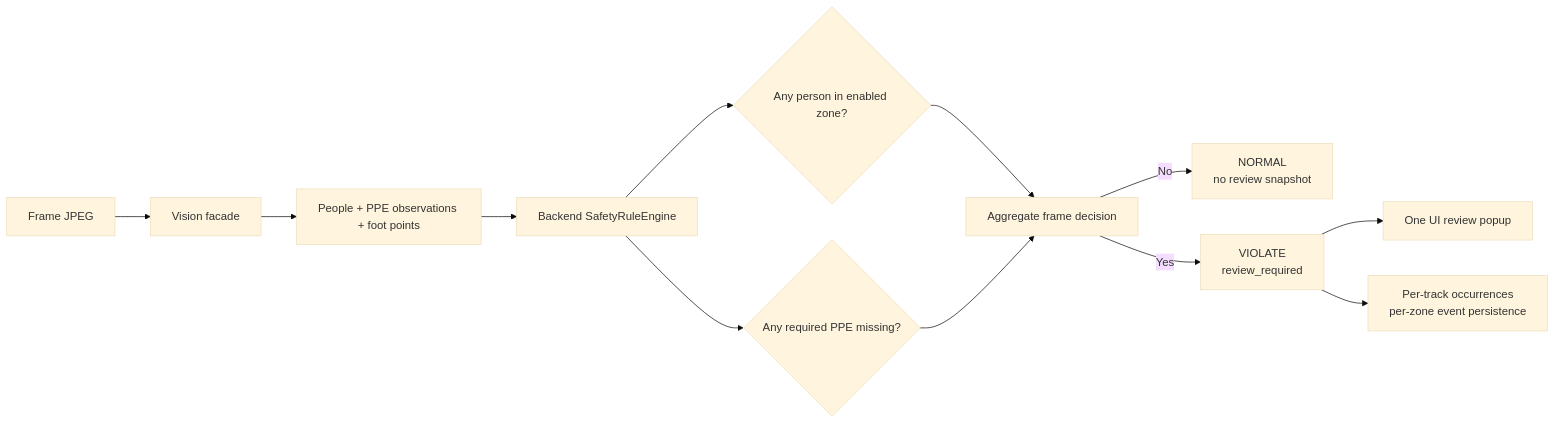
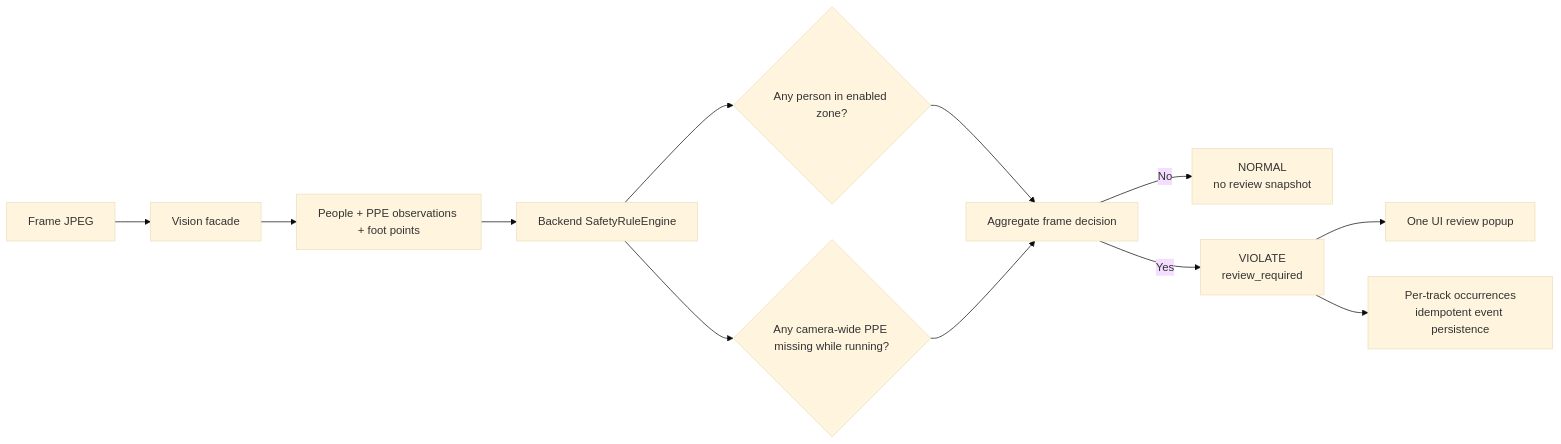
The diagram in docs/architecture/alert-rule-contract.md (NguyenNhat4/Sentiel-safety-intelligent), drawn with Mermaid (base theme) before and after one commit. The commit also changed other lines of this file and 26 other files, not shown here.

````diff
--- a/docs/architecture/alert-rule-contract.md
+++ b/docs/architecture/alert-rule-contract.md
@@ -40,14 +40,14 @@
 ```mermaid
 flowchart LR
     A[Frame JPEG] --> B[Vision facade]
     B --> C[People + PPE observations + foot points]
     C --> D[Backend SafetyRuleEngine]
     D --> E{Any person in enabled zone?}
-    D --> F{Any required PPE missing?}
+    D --> F{Any camera-wide PPE missing while running?}
     E --> G[Aggregate frame decision]
     F --> G
     G -->|No| H[NORMAL\nno review snapshot]
     G -->|Yes| I[VIOLATE\nreview_required]
     I --> J[One UI review popup]
-    I --> K[Per-track occurrences\nper-zone event persistence]
+    I --> K[Per-track occurrences\nidempotent event persistence]
 ```
````
